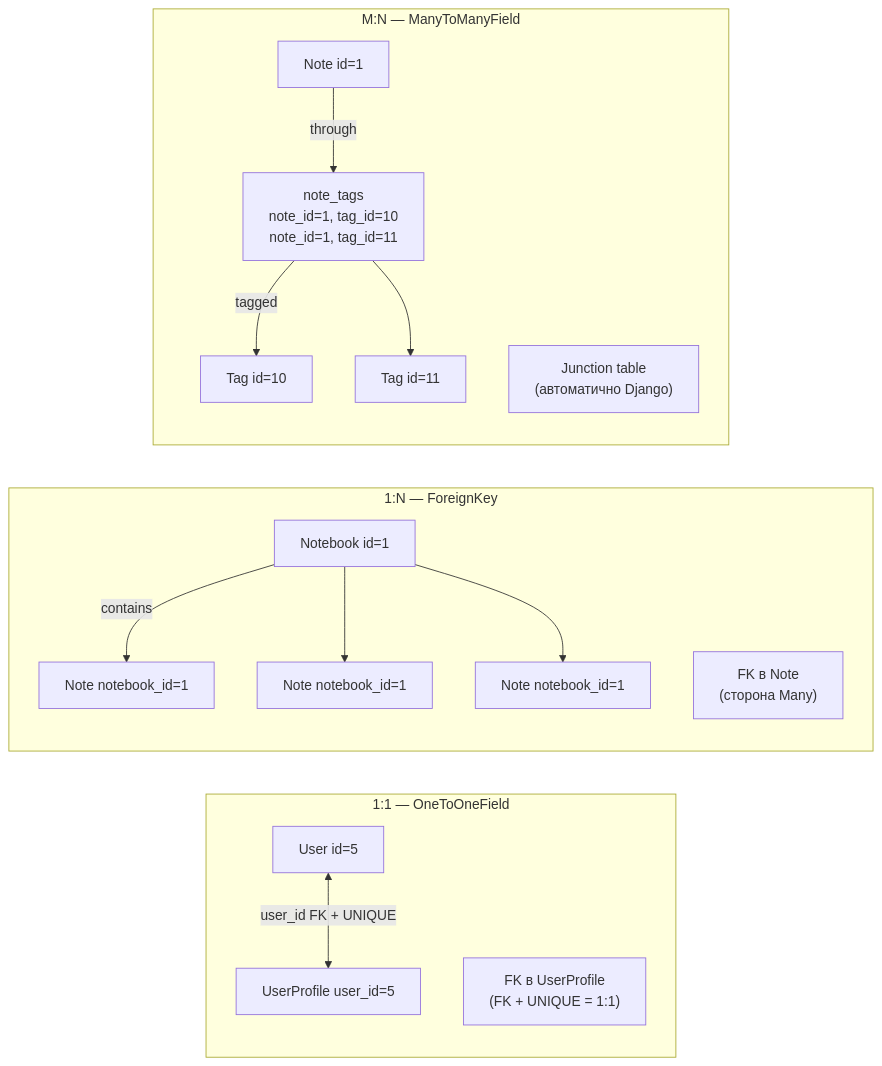
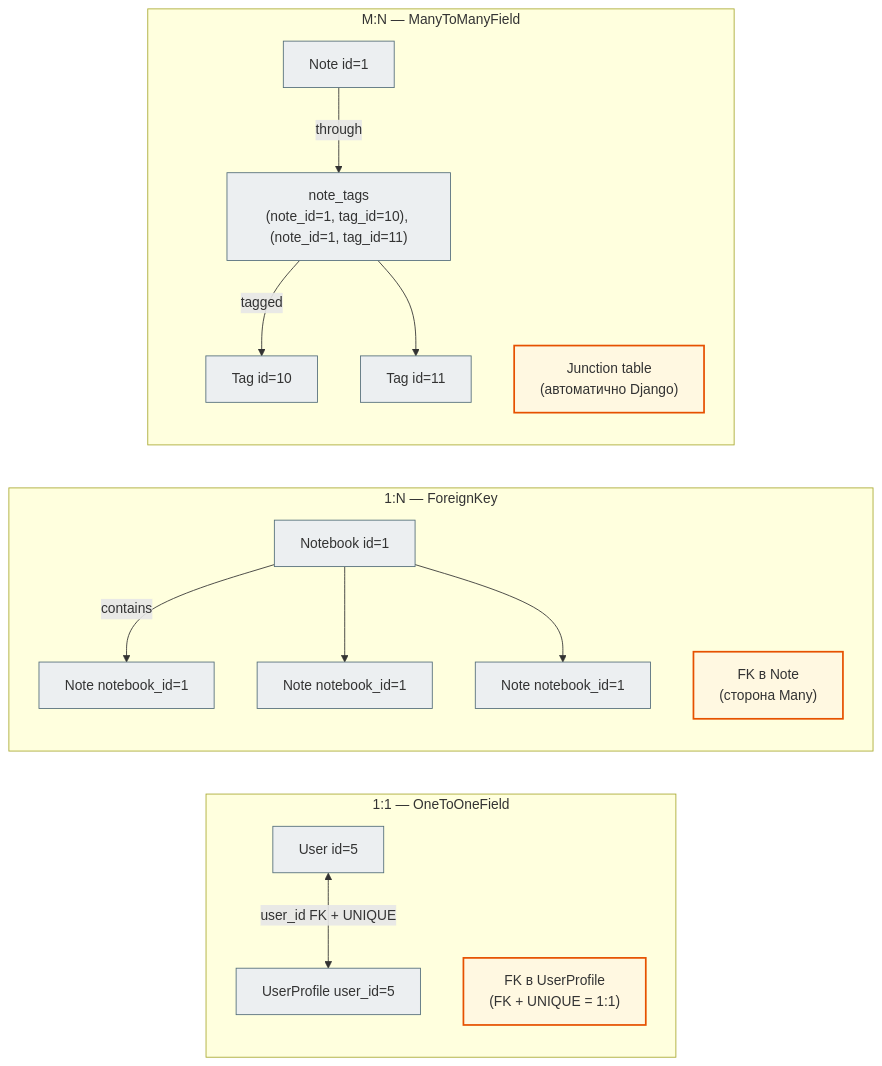
Before and after one commit to NikoriakViktot/notes_chat_app: the second of 20 diagrams in docs/03_database_and_orm/orm_mermaid_full.md, drawn with Mermaid. The commit also changed other lines of this file and 441 other files, not shown here.

First line of the commit message:
Add English version of the book, Mermaid standard, docs fixes

````diff
--- a/docs/03_database_and_orm/orm_mermaid_full.md
+++ b/docs/03_database_and_orm/orm_mermaid_full.md
@@ -132,21 +134,27 @@
 ```mermaid
 graph LR
     subgraph "1:1 — OneToOneField"
         U1[User id=5] <-->|user_id FK + UNIQUE| UP1[UserProfile user_id=5]
-        N1["FK в UserProfile\n(FK + UNIQUE = 1:1)"]
+        N1["FK в UserProfile<br>(FK + UNIQUE = 1:1)"]
     end
 
     subgraph "1:N — ForeignKey"
         NB[Notebook id=1] -->|"contains"| NO1[Note notebook_id=1]
         NB --> NO2[Note notebook_id=1]
         NB --> NO3[Note notebook_id=1]
-        N2["FK в Note\n(сторона Many)"]
+        N2["FK в Note<br>(сторона Many)"]
     end
 
     subgraph "M:N — ManyToManyField"
-        N[Note id=1] -->|through| JT[note_tags\nnote_id=1, tag_id=10\nnote_id=1, tag_id=11]
+        N[Note id=1] -->|through| JT["note_tags<br>(note_id=1, tag_id=10), (note_id=1, tag_id=11)"]
         JT -->|"tagged"| T1[Tag id=10]
         JT --> T2[Tag id=11]
-        N3["Junction table\n(автоматично Django)"]
+        N3["Junction table<br>(автоматично Django)"]
     end
+
+    classDef step     fill:#eceff1,stroke:#546e7a,stroke-width:1px;
+    classDef warning  fill:#fff8e1,stroke:#e65100,stroke-width:2px;
+
+    class U1,UP1,NB,NO1,NO2,NO3,N,JT,T1,T2 step;
+    class N1,N2,N3 warning;
 ```
````
